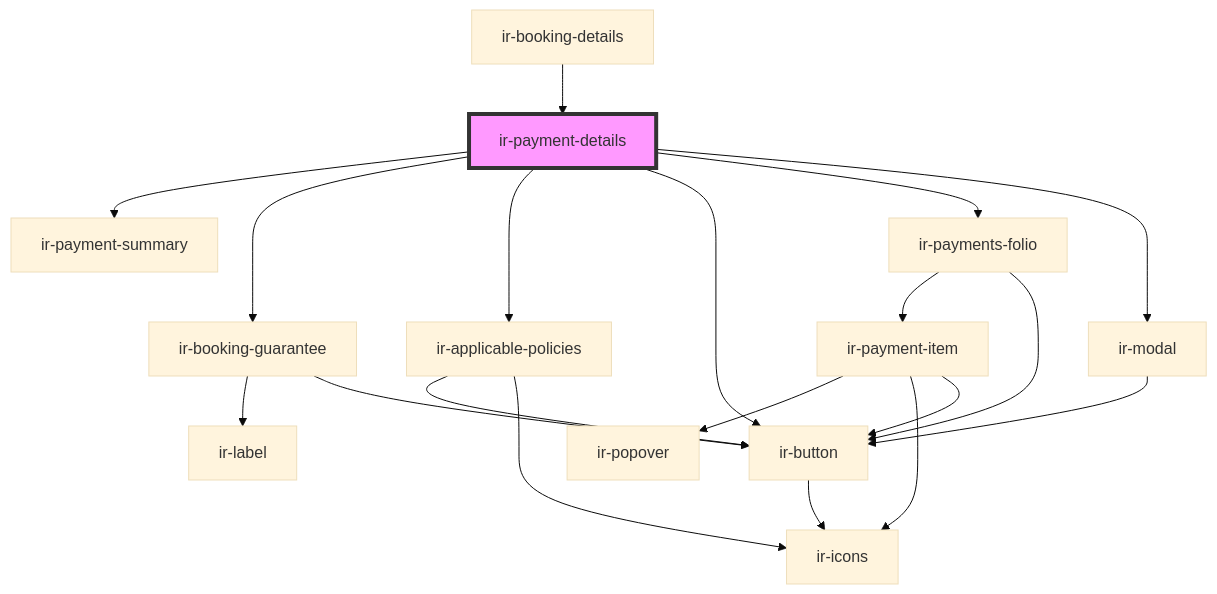
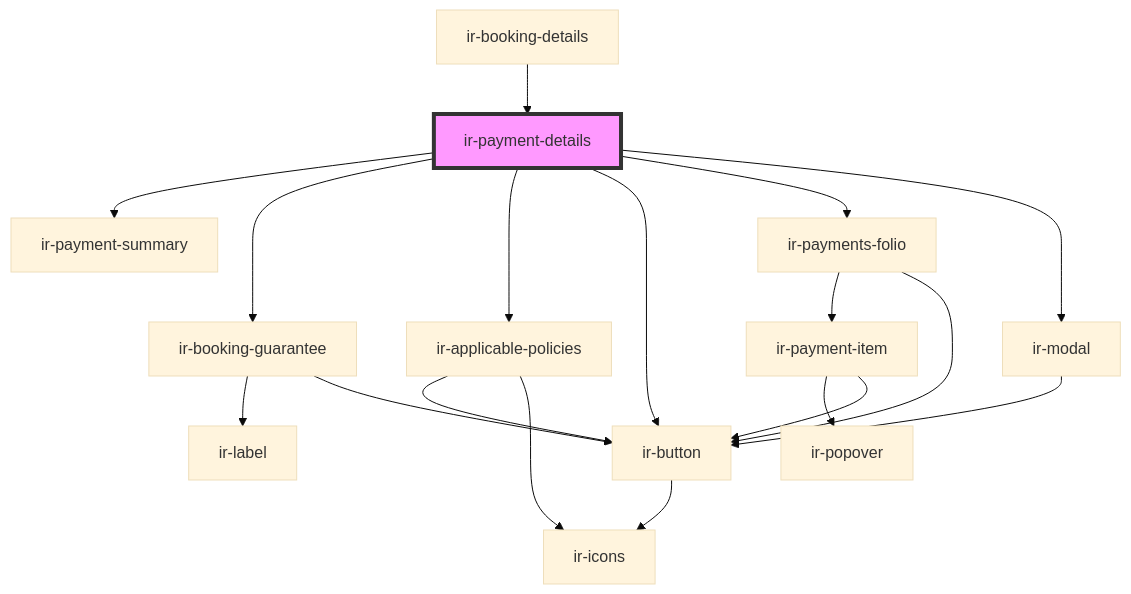
One commit to RonyRizk/ir-webcmp changed the diagram in src/components/ir-booking-details/ir-payment-details/readme.md. Above: the diagram before and after it, drawn with Mermaid (base theme). The commit also changed 22 other files, not shown here.

````diff
--- a/src/components/ir-booking-details/ir-payment-details/readme.md
+++ b/src/components/ir-booking-details/ir-payment-details/readme.md
@@ -44,22 +44,21 @@
 ```mermaid
 graph TD;
   ir-payment-details --> ir-payment-summary
   ir-payment-details --> ir-booking-guarantee
   ir-payment-details --> ir-applicable-policies
   ir-payment-details --> ir-button
   ir-payment-details --> ir-payments-folio
   ir-payment-details --> ir-modal
   ir-booking-guarantee --> ir-label
   ir-booking-guarantee --> ir-button
   ir-button --> ir-icons
   ir-applicable-policies --> ir-button
   ir-applicable-policies --> ir-icons
   ir-payments-folio --> ir-payment-item
   ir-payments-folio --> ir-button
   ir-payment-item --> ir-popover
-  ir-payment-item --> ir-icons
   ir-payment-item --> ir-button
   ir-modal --> ir-button
   ir-booking-details --> ir-payment-details
   style ir-payment-details fill:#f9f,stroke:#333,stroke-width:4px
 ```
````
